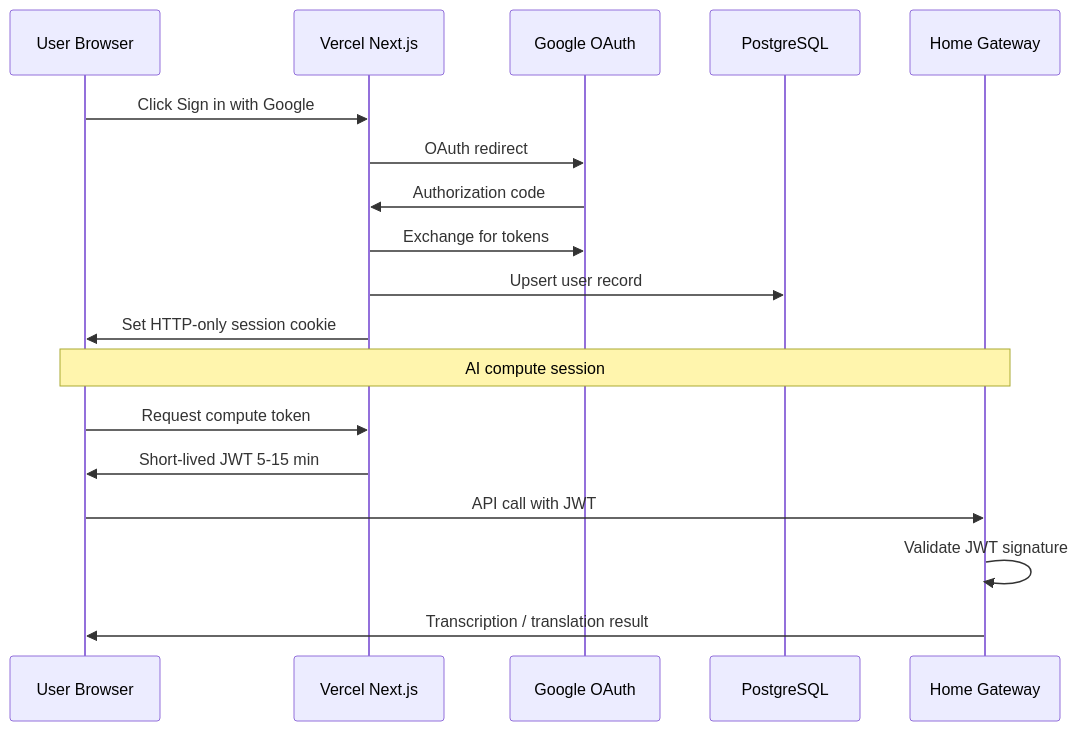
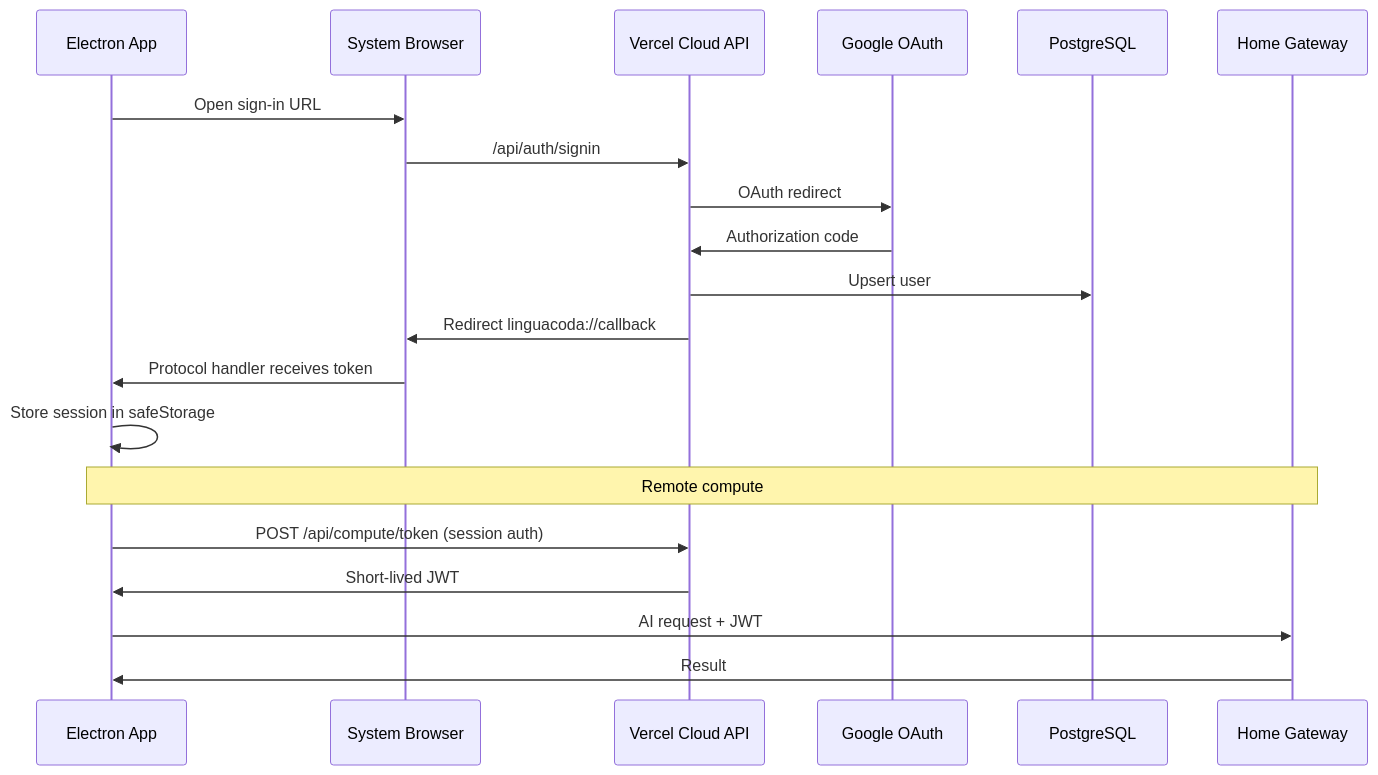
Before and after one commit to pcaw627/linguacoda_ai: the second of 2 diagrams in ARCHITECTURE.md, drawn with Mermaid. The commit also changed other lines of this file and 2 other files, not shown here.

Commit message:
docs: updated architecture doc and migration prompts + we will use electron app instead of website- no need to manage different browsers, and also direct access to audio with WASAPI

````diff
--- a/ARCHITECTURE.md
+++ b/ARCHITECTURE.md
@@ -235,22 +247,24 @@
 ```mermaid
 sequenceDiagram
-    participant U as User Browser
-    participant V as Vercel Next.js
+    participant E as Electron App
+    participant B as System Browser
+    participant V as Vercel Cloud API
     participant G as Google OAuth
     participant DB as PostgreSQL
     participant H as Home Gateway
 
-    U->>V: Click Sign in with Google
+    E->>B: Open sign-in URL
+    B->>V: /api/auth/signin
     V->>G: OAuth redirect
     G->>V: Authorization code
-    V->>G: Exchange for tokens
-    V->>DB: Upsert user record
-    V->>U: Set HTTP-only session cookie
+    V->>DB: Upsert user
+    V->>B: Redirect linguacoda://callback
+    B->>E: Protocol handler receives token
+    E->>E: Store session in safeStorage
 
-    Note over U,H: AI compute session
-    U->>V: Request compute token
-    V->>U: Short-lived JWT 5-15 min
-    U->>H: API call with JWT
-    H->>H: Validate JWT signature
-    H->>U: Transcription / translation result
+    Note over E,H: Remote compute
+    E->>V: POST /api/compute/token (session auth)
+    V->>E: Short-lived JWT
+    E->>H: AI request + JWT
+    H->>E: Result
 ```
````
